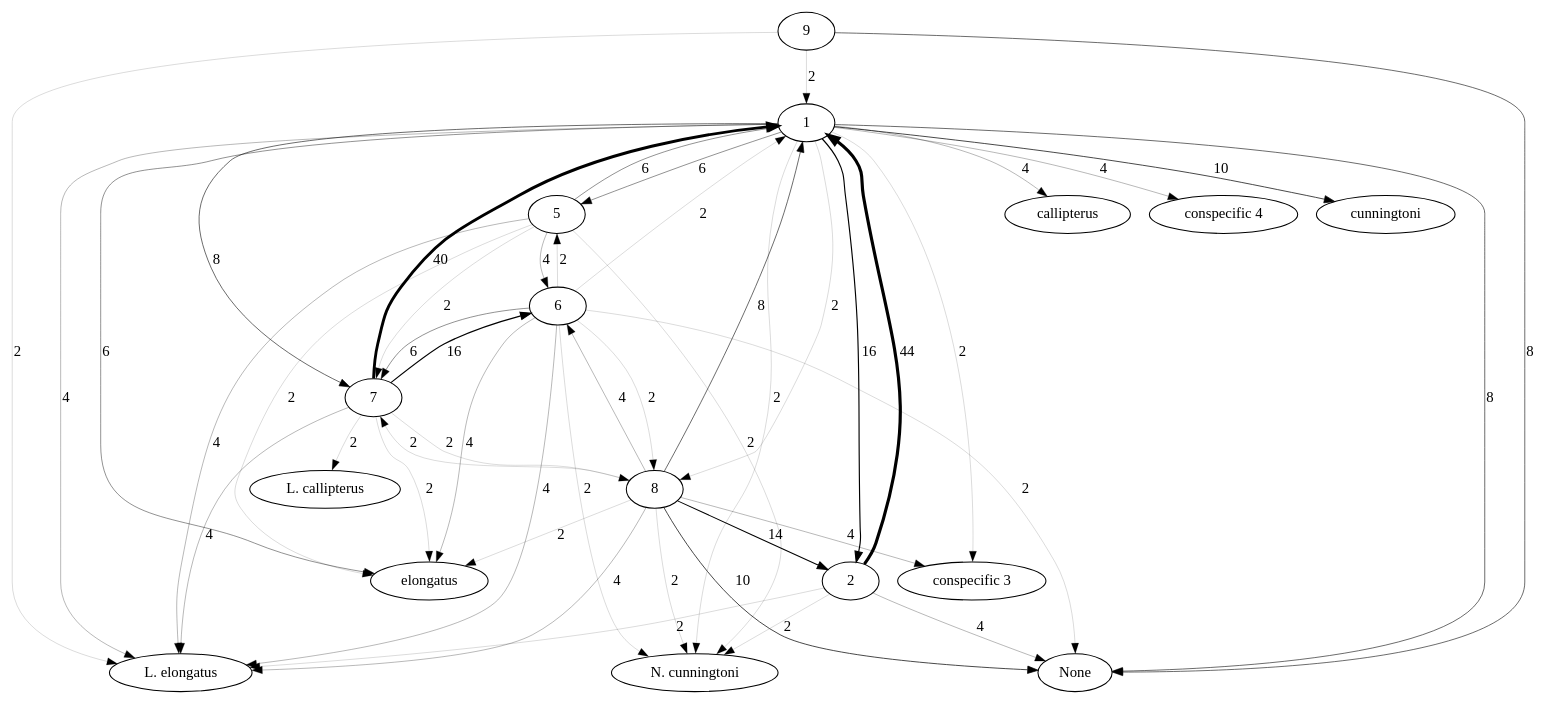
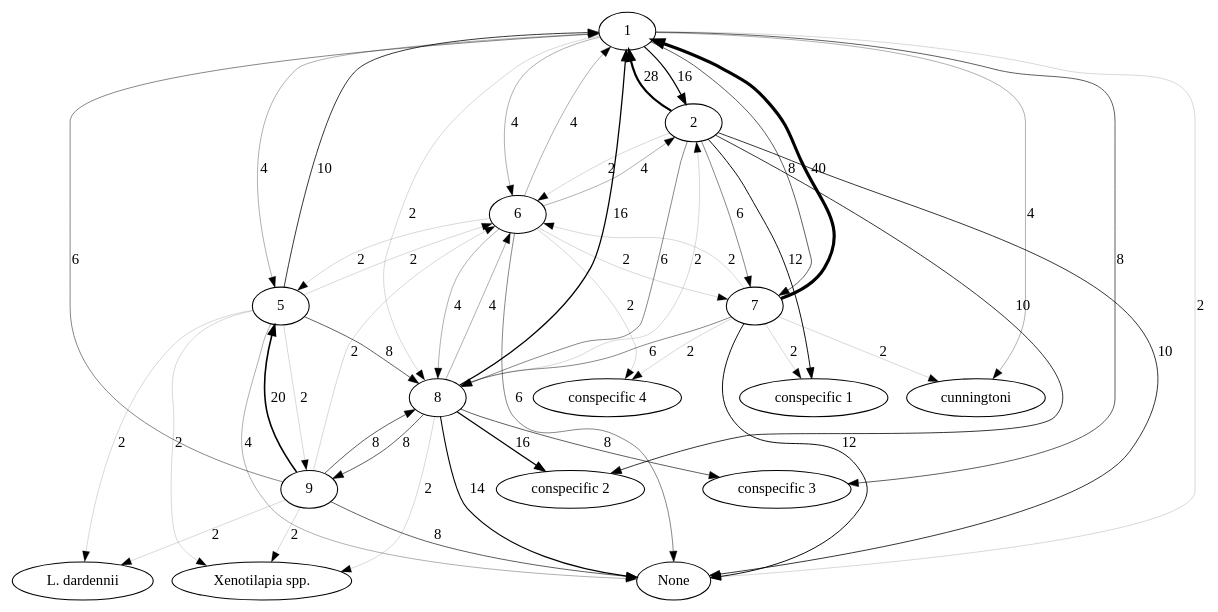
One commit to nicolkraus/AnalyzeBehavior changed the diagram in images/interactions.gv. Above: the diagram before and after it, drawn with Graphviz. The commit also changed 6 other files, not shown here.

```diff
--- a/images/interactions.gv
+++ b/images/interactions.gv
@@ -1,66 +1,68 @@
 strict digraph  {
 1;
 2;
 5;
+6;
 7;
 8;
-"L. elongatus";
-"N. cunningtoni";
 None;
-callipterus;
 "conspecific 3";
+cunningtoni;
+"conspecific 1";
+"conspecific 2";
+9;
+"L. dardennii";
+"Xenotilapia spp.";
 "conspecific 4";
-cunningtoni;
-elongatus;
-6;
-"L. callipterus";
-9;
-1 -> 2  [label=16, penwidth="1.0909090909090908"];
-1 -> 5  [label=6, penwidth="0.4090909090909091"];
-1 -> 7  [label=8, penwidth="0.5454545454545454"];
-1 -> 8  [label=2, penwidth="0.13636363636363635"];
-1 -> "L. elongatus"  [label=4, penwidth="0.2727272727272727"];
-1 -> "N. cunningtoni"  [label=2, penwidth="0.13636363636363635"];
-1 -> None  [label=8, penwidth="0.5454545454545454"];
-1 -> callipterus  [label=4, penwidth="0.2727272727272727"];
-1 -> "conspecific 3"  [label=2, penwidth="0.13636363636363635"];
-1 -> "conspecific 4"  [label=4, penwidth="0.2727272727272727"];
-1 -> cunningtoni  [label=10, penwidth="0.6818181818181818"];
-1 -> elongatus  [label=6, penwidth="0.4090909090909091"];
-2 -> 1  [label=44, penwidth="3.0"];
-2 -> "L. elongatus"  [label=2, penwidth="0.13636363636363635"];
-2 -> "N. cunningtoni"  [label=2, penwidth="0.13636363636363635"];
-2 -> None  [label=4, penwidth="0.2727272727272727"];
-5 -> 1  [label=6, penwidth="0.4090909090909091"];
-5 -> 6  [label=4, penwidth="0.2727272727272727"];
-5 -> 7  [label=2, penwidth="0.13636363636363635"];
-5 -> "L. elongatus"  [label=4, penwidth="0.2727272727272727"];
-5 -> "N. cunningtoni"  [label=2, penwidth="0.13636363636363635"];
-5 -> elongatus  [label=2, penwidth="0.13636363636363635"];
-7 -> 1  [label=40, penwidth="2.727272727272727"];
-7 -> 6  [label=16, penwidth="1.0909090909090908"];
-7 -> 8  [label=2, penwidth="0.13636363636363635"];
-7 -> "L. callipterus"  [label=2, penwidth="0.13636363636363635"];
-7 -> "L. elongatus"  [label=4, penwidth="0.2727272727272727"];
-7 -> elongatus  [label=2, penwidth="0.13636363636363635"];
-8 -> 1  [label=8, penwidth="0.5454545454545454"];
-8 -> 2  [label=14, penwidth="0.9545454545454546"];
-8 -> 6  [label=4, penwidth="0.2727272727272727"];
-8 -> 7  [label=2, penwidth="0.13636363636363635"];
-8 -> "L. elongatus"  [label=4, penwidth="0.2727272727272727"];
-8 -> "N. cunningtoni"  [label=2, penwidth="0.13636363636363635"];
-8 -> None  [label=10, penwidth="0.6818181818181818"];
-8 -> "conspecific 3"  [label=4, penwidth="0.2727272727272727"];
-8 -> elongatus  [label=2, penwidth="0.13636363636363635"];
-6 -> 1  [label=2, penwidth="0.13636363636363635"];
-6 -> 5  [label=2, penwidth="0.13636363636363635"];
-6 -> 7  [label=6, penwidth="0.4090909090909091"];
-6 -> 8  [label=2, penwidth="0.13636363636363635"];
-6 -> "L. elongatus"  [label=4, penwidth="0.2727272727272727"];
-6 -> "N. cunningtoni"  [label=2, penwidth="0.13636363636363635"];
-6 -> None  [label=2, penwidth="0.13636363636363635"];
-6 -> elongatus  [label=4, penwidth="0.2727272727272727"];
-9 -> 1  [label=2, penwidth="0.13636363636363635"];
-9 -> "L. elongatus"  [label=2, penwidth="0.13636363636363635"];
-9 -> None  [label=8, penwidth="0.5454545454545454"];
+1 -> 2  [label=16, penwidth="1.2"];
+1 -> 5  [label=4, penwidth="0.3"];
+1 -> 6  [label=4, penwidth="0.3"];
+1 -> 7  [label=8, penwidth="0.6"];
+1 -> 8  [label=2, penwidth="0.15"];
+1 -> None  [label=2, penwidth="0.15"];
+1 -> "conspecific 3"  [label=8, penwidth="0.6"];
+1 -> cunningtoni  [label=4, penwidth="0.3"];
+2 -> 1  [label=28, penwidth="2.1"];
+2 -> 6  [label=2, penwidth="0.15"];
+2 -> 7  [label=6, penwidth="0.45"];
+2 -> 8  [label=6, penwidth="0.45"];
+2 -> None  [label=10, penwidth="0.75"];
+2 -> "conspecific 1"  [label=12, penwidth="0.9"];
+2 -> "conspecific 2"  [label=10, penwidth="0.75"];
+5 -> 1  [label=10, penwidth="0.75"];
+5 -> 6  [label=2, penwidth="0.15"];
+5 -> 8  [label=8, penwidth="0.6"];
+5 -> 9  [label=2, penwidth="0.15"];
+5 -> "L. dardennii"  [label=2, penwidth="0.15"];
+5 -> None  [label=4, penwidth="0.3"];
+5 -> "Xenotilapia spp."  [label=2, penwidth="0.15"];
+6 -> 1  [label=4, penwidth="0.3"];
+6 -> 2  [label=4, penwidth="0.3"];
+6 -> 5  [label=2, penwidth="0.15"];
+6 -> 7  [label=2, penwidth="0.15"];
+6 -> 8  [label=4, penwidth="0.3"];
+6 -> None  [label=6, penwidth="0.45"];
+6 -> "conspecific 4"  [label=2, penwidth="0.15"];
+7 -> 1  [label=40, penwidth="3.0"];
+7 -> 6  [label=2, penwidth="0.15"];
+7 -> 8  [label=6, penwidth="0.45"];
+7 -> None  [label=12, penwidth="0.9"];
+7 -> "conspecific 1"  [label=2, penwidth="0.15"];
+7 -> "conspecific 4"  [label=2, penwidth="0.15"];
+7 -> cunningtoni  [label=2, penwidth="0.15"];
+8 -> 1  [label=16, penwidth="1.2"];
+8 -> 2  [label=2, penwidth="0.15"];
+8 -> 6  [label=4, penwidth="0.3"];
+8 -> 9  [label=8, penwidth="0.6"];
+8 -> None  [label=14, penwidth="1.05"];
+8 -> "Xenotilapia spp."  [label=2, penwidth="0.15"];
+8 -> "conspecific 2"  [label=16, penwidth="1.2"];
+8 -> "conspecific 3"  [label=8, penwidth="0.6"];
+9 -> 1  [label=6, penwidth="0.45"];
+9 -> 5  [label=20, penwidth="1.5"];
+9 -> 6  [label=2, penwidth="0.15"];
+9 -> 8  [label=8, penwidth="0.6"];
+9 -> "L. dardennii"  [label=2, penwidth="0.15"];
+9 -> None  [label=8, penwidth="0.6"];
+9 -> "Xenotilapia spp."  [label=2, penwidth="0.15"];
 }
```
